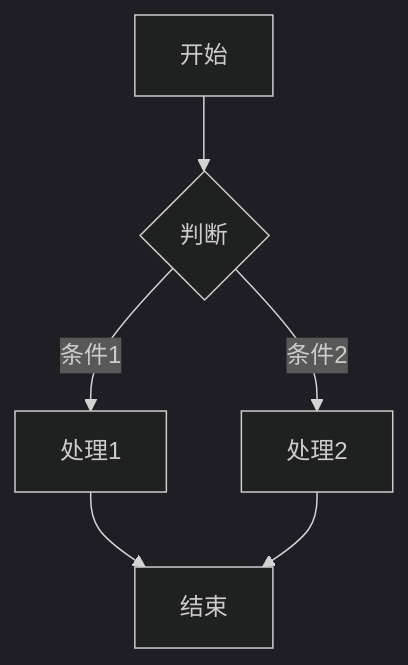
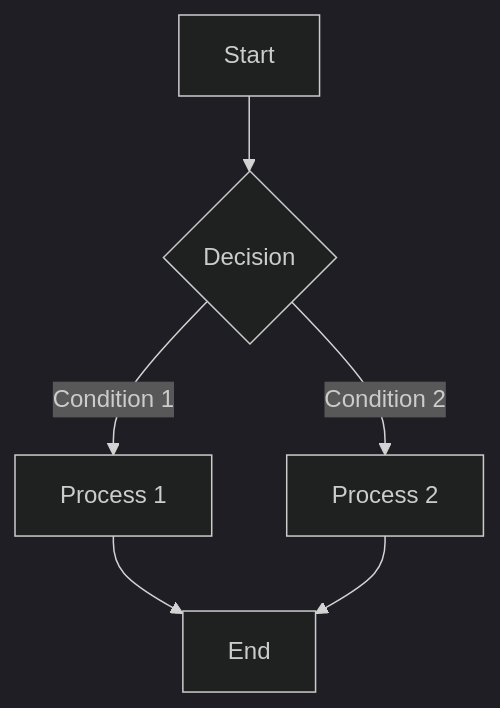
One commit to yunend/openvue changed the diagram in src-tauri/public/demo.md. Above: the diagram before and after it, drawn with Mermaid (dark theme). The commit also changed other lines of this file and 4 other files, not shown here.

````diff
--- a/src-tauri/public/demo.md
+++ b/src-tauri/public/demo.md
@@ -226,8 +226,8 @@
 ```mermaid
 graph TD
-    A[开始] --> B{判断}
-    B -->|条件1| C[处理1]
-    B -->|条件2| D[处理2]
-    C --> E[结束]
+    A[Start] --> B{Decision}
+    B -->|Condition 1| C[Process 1]
+    B -->|Condition 2| D[Process 2]
+    C --> E[End]
     D --> E
 ```
````
